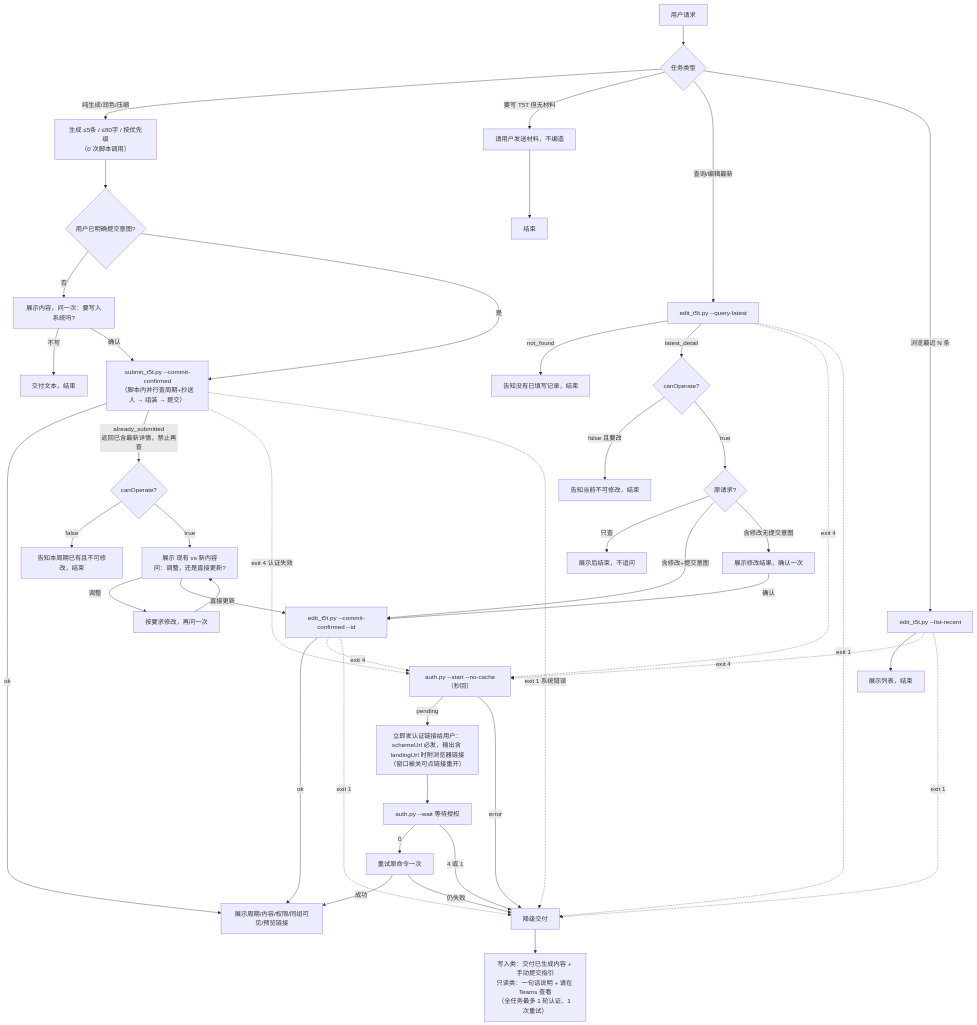
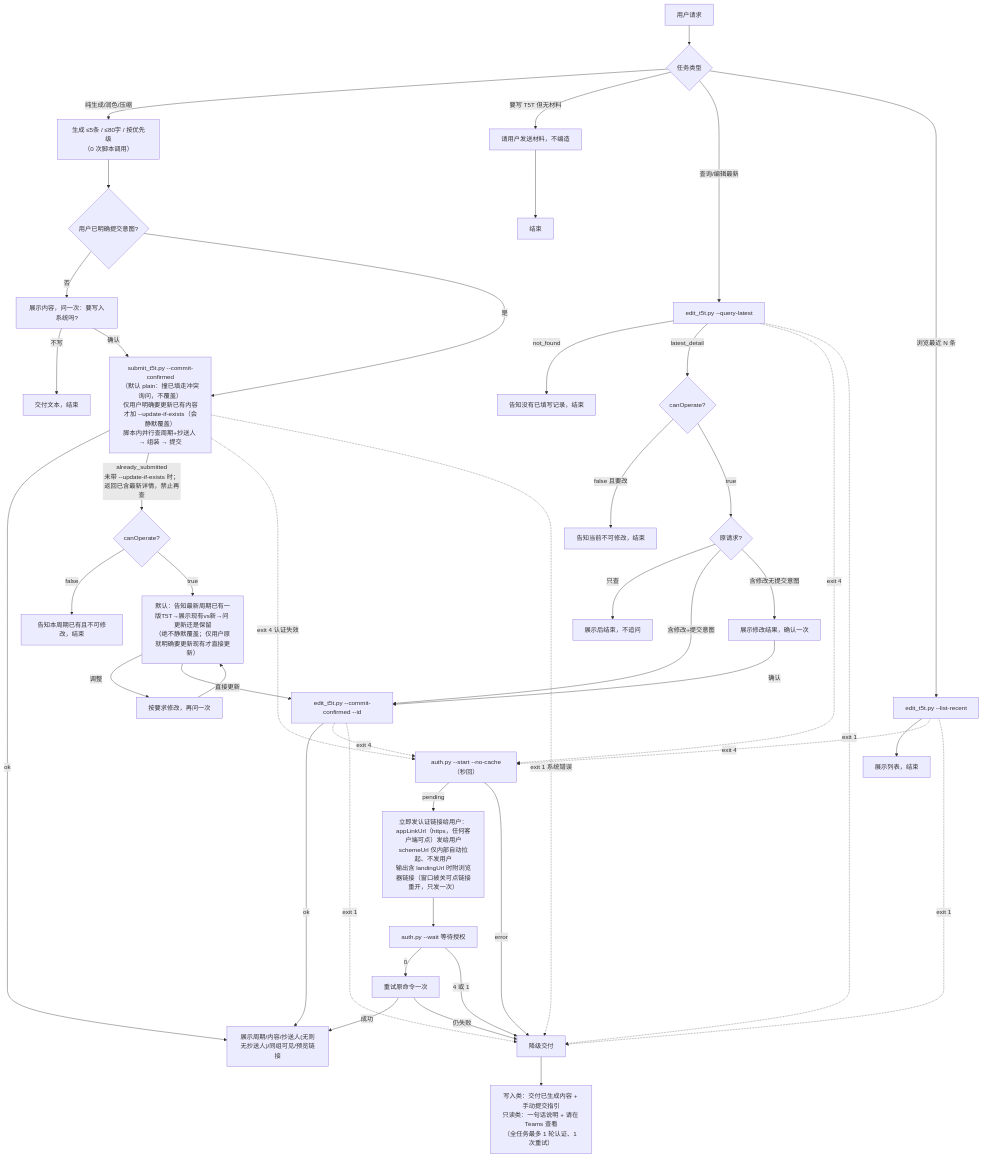
The diagram in t5t-skill/docs/ARCHITECTURE.md (TinySing/codex-skills), drawn with Mermaid before and after one commit. The commit also changed other lines of this file and 14 other files, not shown here.

Commit message:
fix: t5t skill 意图识别提示词

````diff
--- a/t5t-skill/docs/ARCHITECTURE.md
+++ b/t5t-skill/docs/ARCHITECTURE.md
@@ -97,47 +119,47 @@
 ```mermaid
 flowchart TD
     U[用户请求] --> T{任务类型}
     T -->|纯生成/润色/压缩| A1["生成 ≤5条 / ≤80字 / 按优先级<br/>（0 次脚本调用）"]
     T -->|要写 T5T 但无材料| A0[请用户发送材料，不编造] --> END0[结束]
     T -->|查询/编辑最新| C["edit_t5t.py --query-latest"]
     T -->|浏览最近 N 条| D["edit_t5t.py --list-recent"] --> D1[展示列表，结束]
 
     A1 --> Q{用户已明确提交意图?}
     Q -->|否| C1["展示内容，问一次：要写入系统吗?"]
     C1 -->|不写| END1[交付文本，结束]
     C1 -->|确认| B
-    Q -->|是| B["submit_t5t.py --commit-confirmed<br/>（脚本内并行查周期+抄送人 → 组装 → 提交）"]
+    Q -->|是| B["submit_t5t.py --commit-confirmed<br/>（默认 plain：撞已填走冲突询问，不覆盖）<br/>仅用户明确要更新已有内容才加 --update-if-exists（会静默覆盖）<br/>脚本内并行查周期+抄送人 → 组装 → 提交"]
 
-    B -->|ok| OK["展示周期/内容/权限/同组可见/预览链接"]
-    B -->|already_submitted<br/>返回已含最新详情，禁止再查| X{canOperate?}
+    B -->|ok| OK["展示周期/内容/抄送人(无则无抄送人)/同组可见/预览链接"]
+    B -->|already_submitted<br/>未带 --update-if-exists 时；返回已含最新详情，禁止再查| X{canOperate?}
     X -->|false| X0[告知本周期已有且不可修改，结束]
-    X -->|true| X1["展示 现有 vs 新内容<br/>问：调整，还是直接更新?"]
+    X -->|true| X1["默认：告知最新周期已有一版T5T→展示现有vs新→问 更新还是保留<br/>（绝不静默覆盖；仅用户原就明确要更新现有才直接更新）"]
     X1 -->|调整| X2[按要求修改，再问一次] --> X1
     X1 -->|直接更新| E2["edit_t5t.py --commit-confirmed --id"]
     E2 -->|ok| OK
 
     C -->|not_found| C0[告知没有已填写记录，结束]
     C -->|latest_detail| C2{canOperate?}
     C2 -->|false 且要改| C3[告知当前不可修改，结束]
     C2 -->|true| C4{原请求?}
     C4 -->|只查| C5[展示后结束，不追问]
     C4 -->|含修改+提交意图| E2
     C4 -->|含修改无提交意图| C6[展示修改结果，确认一次] -->|确认| E2
 
     B -.->|exit 4 认证失效| F1["auth.py --start --no-cache（秒回）"]
     C -.->|exit 4| F1
     D -.->|exit 4| F1
     E2 -.->|exit 4| F1
-    F1 -->|pending| F2["立即发认证链接给用户：<br/>schemeUrl 必发，输出含 landingUrl 时附浏览器链接<br/>（窗口被关可点链接重开）"]
+    F1 -->|pending| F2["立即发认证链接给用户：<br/>appLinkUrl（https，任何客户端可点）发给用户<br/>schemeUrl 仅内部自动拉起、不发用户<br/>输出含 landingUrl 时附浏览器链接（窗口被关可点链接重开，只发一次）"]
     F2 --> F3["auth.py --wait 等待授权"]
     F3 -->|0| F4[重试原命令一次]
     F4 -->|成功| OK
     F4 -->|仍失败| G
     F3 -->|4 或 1| G[降级交付]
     F1 -->|error| G
     B -.->|exit 1 系统错误| G
     C -.->|exit 1| G
     D -.->|exit 1| G
     E2 -.->|exit 1| G
     G --> G1["写入类：交付已生成内容 + 手动提交指引<br/>只读类：一句话说明 + 请在 Teams 查看<br/>（全任务最多 1 轮认证、1 次重试）"]
 ```
````
